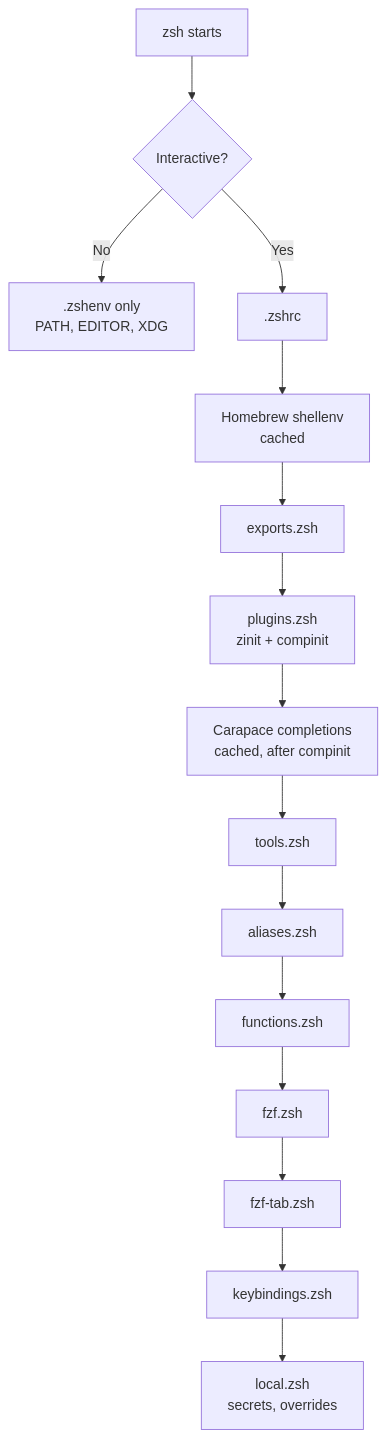
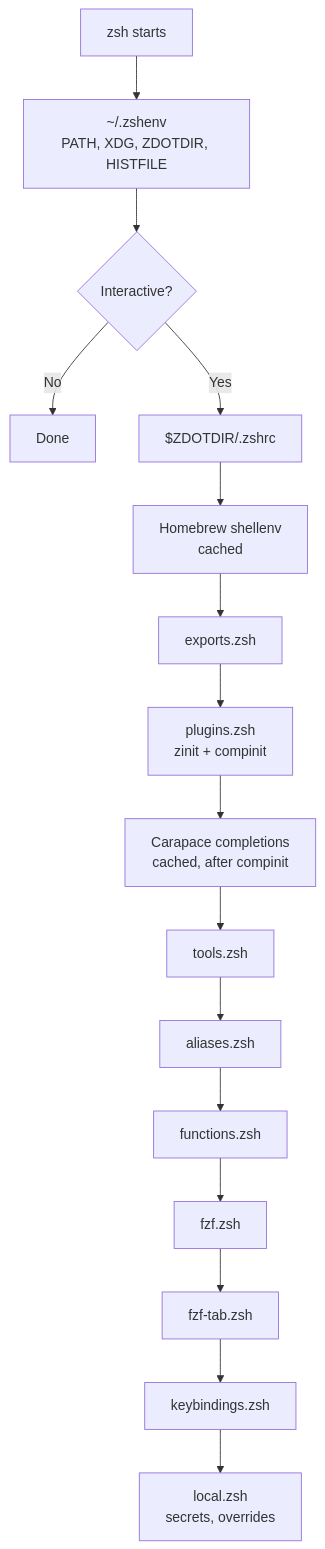
One commit to mbastakis/dotfiles changed the diagram in docs/components/zsh.md. Above: the diagram before and after it, drawn with Mermaid. The commit also changed other lines of this file and 35 other files, not shown here.

````diff
--- a/docs/components/zsh.md
+++ b/docs/components/zsh.md
@@ -9,17 +9,18 @@
 ```mermaid
 flowchart TD
-  A[zsh starts] --> B{Interactive?}
-  B -->|No| C[.zshenv only<br/>PATH, EDITOR, XDG]
-  B -->|Yes| D[.zshrc]
+  A[zsh starts] --> C[~/.zshenv<br/>PATH, XDG, ZDOTDIR, HISTFILE]
+  C --> B{Interactive?}
+  B -->|No| X[Done]
+  B -->|Yes| D[$ZDOTDIR/.zshrc]
   D --> E[Homebrew shellenv<br/>cached]
   E --> F[exports.zsh]
   F --> G[plugins.zsh<br/>zinit + compinit]
   G --> H[Carapace completions<br/>cached, after compinit]
   H --> I[tools.zsh]
   I --> J[aliases.zsh]
   J --> K[functions.zsh]
   K --> L[fzf.zsh]
   L --> M[fzf-tab.zsh]
   M --> N[keybindings.zsh]
   N --> O[local.zsh<br/>secrets, overrides]
 ```
````
